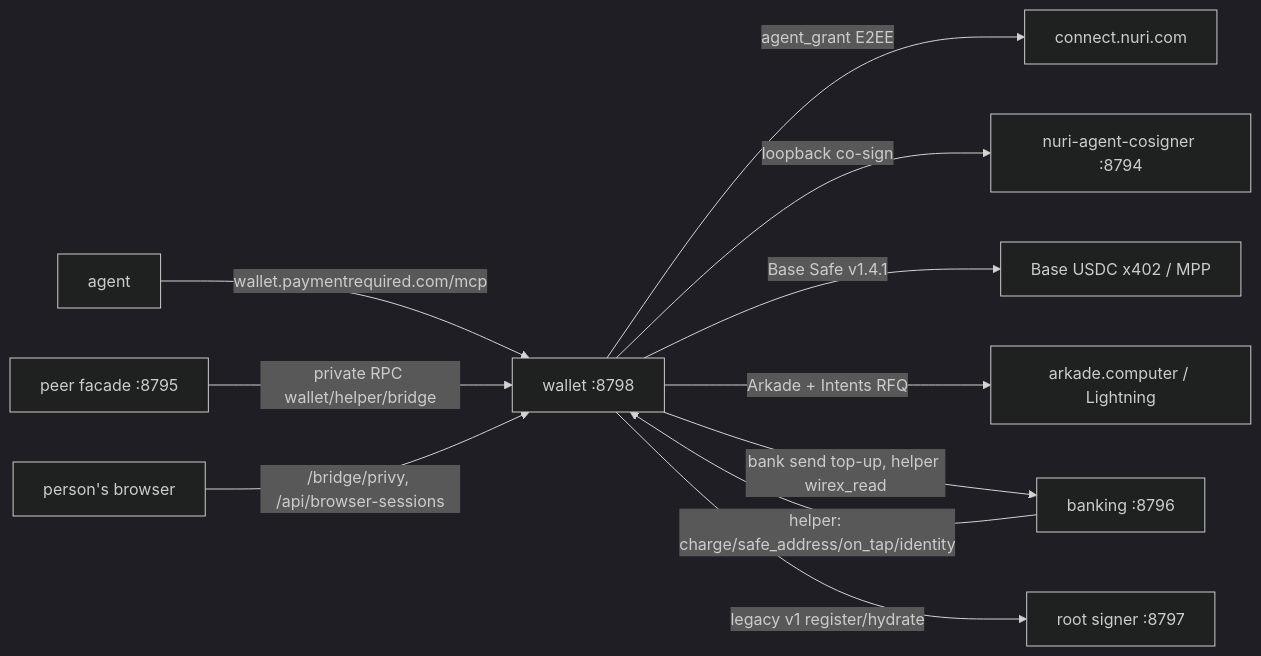
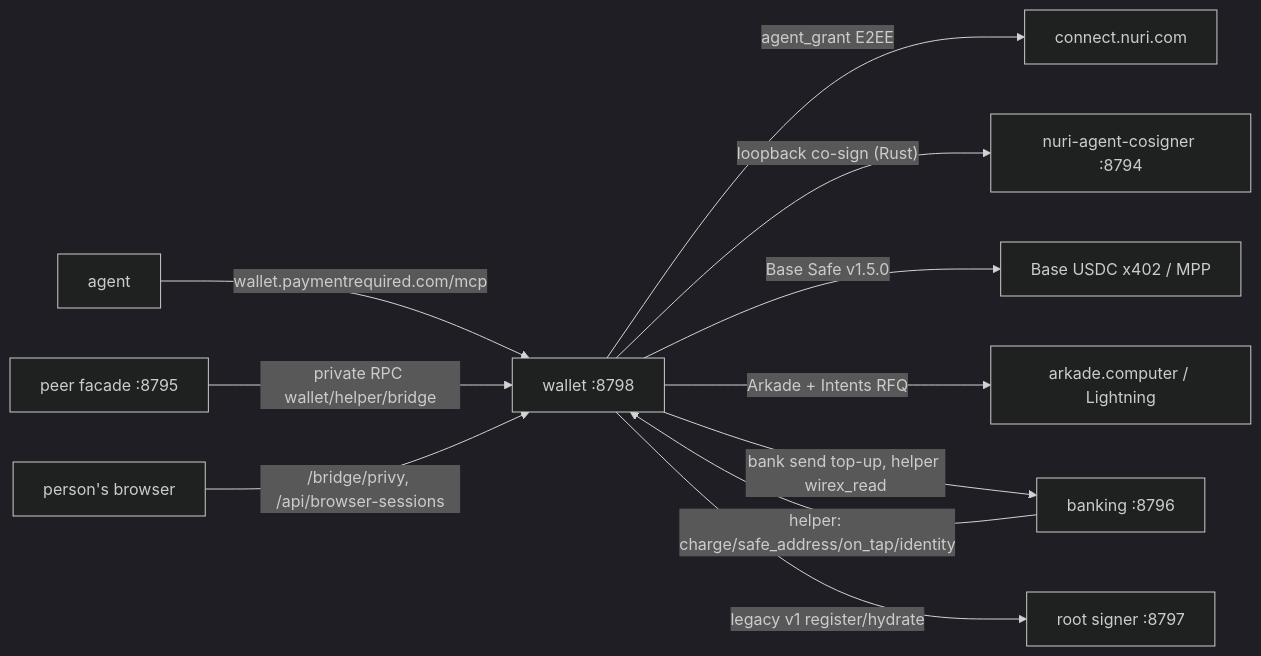
One commit to nuri-com/wallet-paymentrequired-com changed the diagram in README.md. Above: the diagram before and after it, drawn with Mermaid (dark theme). The commit also changed other lines of this file and 8 other files, not shown here.

````diff
--- a/README.md
+++ b/README.md
@@ -23,13 +23,13 @@
 ```mermaid
 flowchart LR
   AG[agent] -- wallet.paymentrequired.com/mcp --> W[wallet :8798]
   W -- agent_grant E2EE --> CN[connect.nuri.com]
-  W -- loopback co-sign --> CS[nuri-agent-cosigner :8794]
-  W -- Base Safe v1.4.1 --> BASE[Base USDC x402 / MPP]
+  W -- loopback co-sign (Rust) --> CS[nuri-agent-cosigner :8794]
+  W -- Base Safe v1.5.0 --> BASE[Base USDC x402 / MPP]
   W -- Arkade + Intents RFQ --> ARK[arkade.computer / Lightning]
   A[peer facade :8795] -- private RPC wallet/helper/bridge --> W
   B[banking :8796] -- helper: charge/safe_address/on_tap/identity --> W
   W -- bank send top-up, helper wirex_read --> B
   W -- legacy v1 register/hydrate --> S[root signer :8797]
   P[person's browser] -- /bridge/privy, /api/browser-sessions --> W
 ```
````
